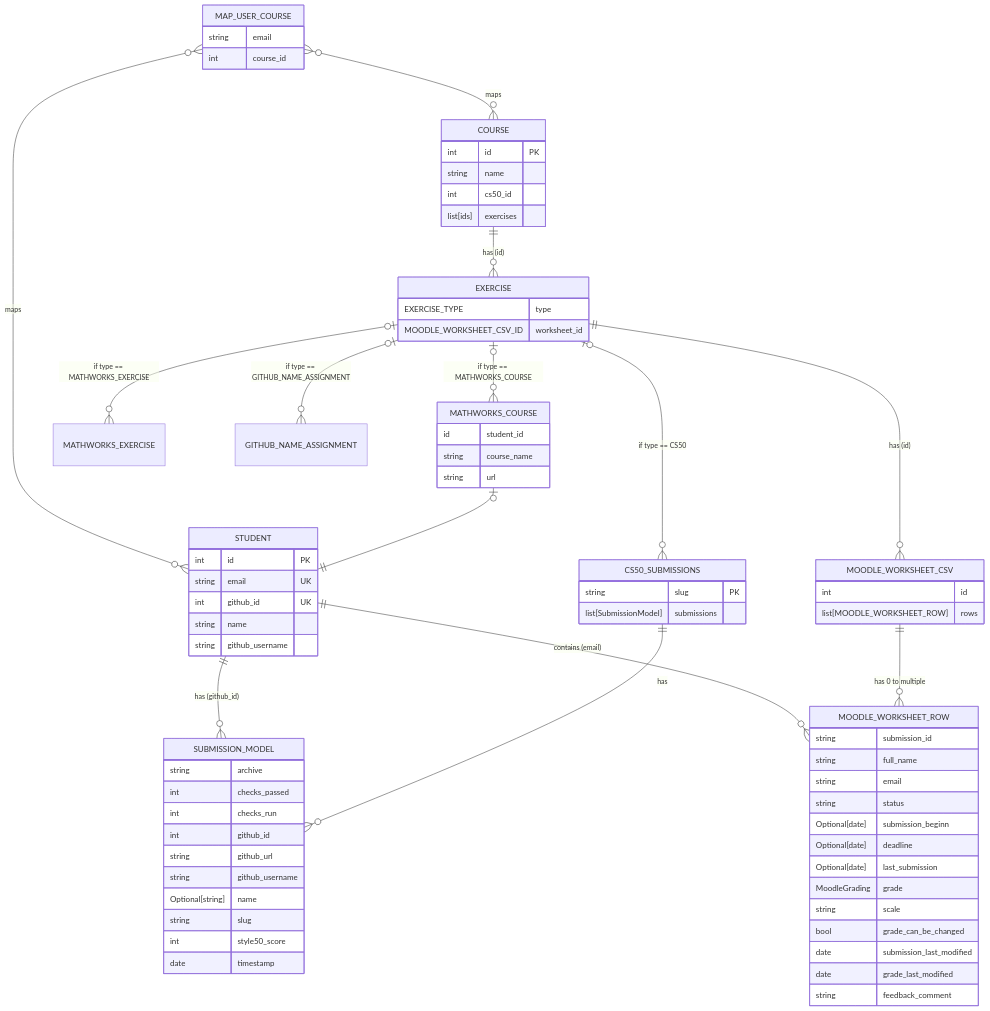
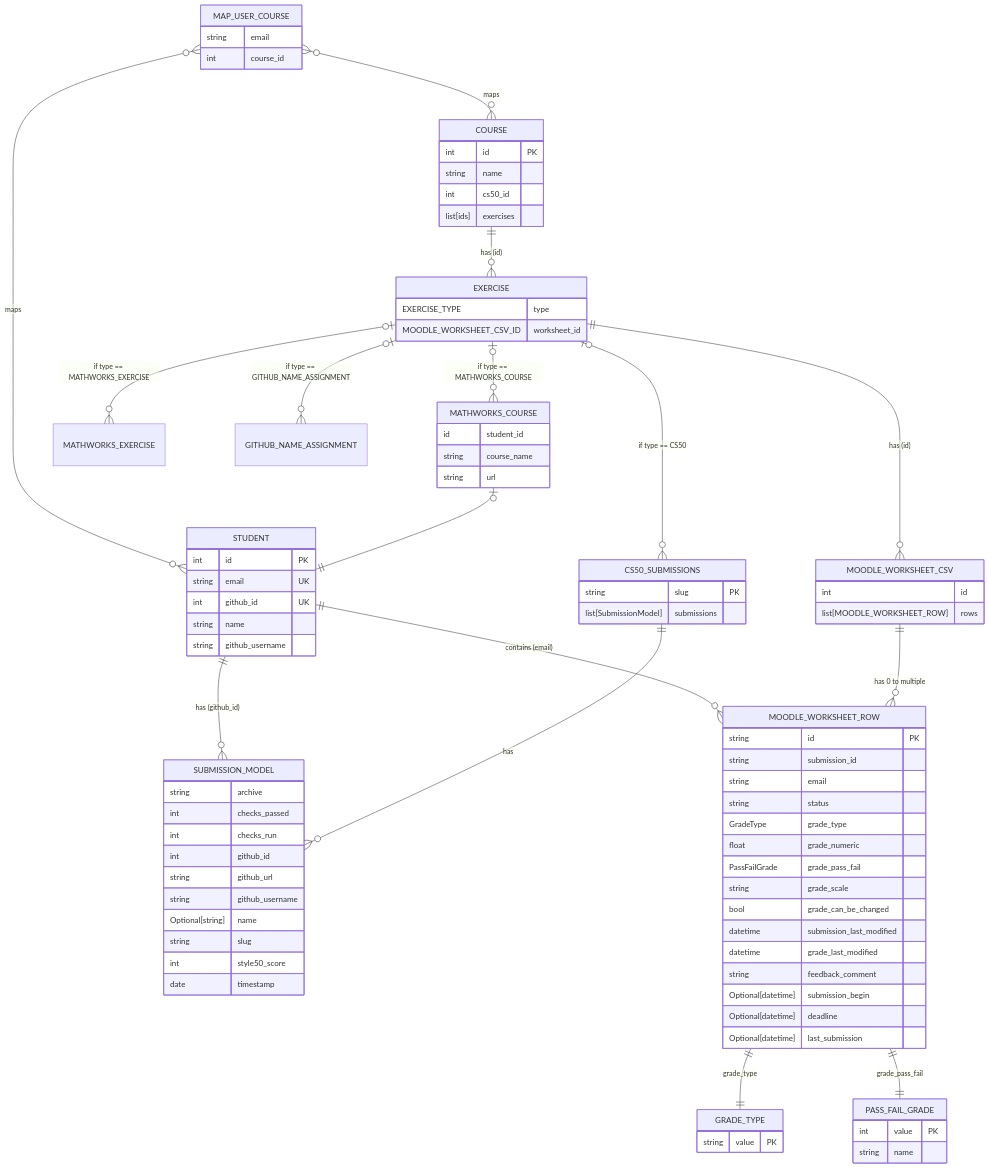
Before and after one commit to LeoKle/cs50-moodle-bridge: the diagram in docs/data_relationship.mmd, drawn with Mermaid. The commit also changed 2 other files, not shown here.

Commit message:
feat(MoodleWorksheet): implement MoodleWorksheetRowModel with validation and update data relationship diagram

```diff
--- a/docs/data_relationship.mmd
+++ b/docs/data_relationship.mmd
@@ -1,102 +1,118 @@
 erDiagram
     %% STUDENT:
     STUDENT {
         int id PK
         string email UK
         int github_id UK
         string name
         string github_username
     }
 
     STUDENT 1 to many(0) SUBMISSION_MODEL : "has (github_id)"
     STUDENT 1 to many(0) MOODLE_WORKSHEET_ROW : "contains (email)"
 
     %% STUDENT COURSE MAP
     MAP_USER_COURSE {
         string email
         int course_id
     }
 
     MAP_USER_COURSE many(0) to many(0) STUDENT : "maps"
     MAP_USER_COURSE many(0) to many(0) COURSE : "maps"
 
     %% CS50 SUBMISSIONS
     CS50_SUBMISSIONS {
         string slug PK
         list[SubmissionModel] submissions
     }
 
     CS50_SUBMISSIONS 1 to zero or more SUBMISSION_MODEL : has
 
     SUBMISSION_MODEL {
         string archive
         int checks_passed
         int checks_run
         int github_id
         string github_url
         string github_username
         Optional[string] name
         string slug
         int style50_score
         date timestamp
     }
 
     %% EXERCISE
     EXERCISE {
         EXERCISE_TYPE type
         MOODLE_WORKSHEET_CSV_ID worksheet_id
     }
     EXERCISE 1 to many(0) MOODLE_WORKSHEET_CSV : "has (id)"
     EXERCISE zero or one to many(0) CS50_SUBMISSIONS : "if type == CS50"
     EXERCISE zero or one to many(0) MATHWORKS_COURSE : "if type == MATHWORKS_COURSE"
     EXERCISE zero or one to many(0) MATHWORKS_EXERCISE : "if type == MATHWORKS_EXERCISE"
     EXERCISE zero or one to many(0) GITHUB_NAME_ASSIGNMENT : "if type == GITHUB_NAME_ASSIGNMENT"
 
     %% MOODLE WORKSHEET
     MOODLE_WORKSHEET_CSV {
         int id
         list[MOODLE_WORKSHEET_ROW] rows
     }
 
     MOODLE_WORKSHEET_CSV 1 to many(0) MOODLE_WORKSHEET_ROW : "has 0 to multiple"
 
     MOODLE_WORKSHEET_ROW {
+        string id PK
         string submission_id
-        string full_name
         string email
         string status
-        Optional[date] submission_beginn
-        Optional[date] deadline
-        Optional[date] last_submission
-        MoodleGrading grade
-        string scale
+        GradeType grade_type
+        float grade_numeric
+        PassFailGrade grade_pass_fail
+        string grade_scale
         bool grade_can_be_changed
-        date submission_last_modified
-        date grade_last_modified
+        datetime submission_last_modified
+        datetime grade_last_modified
         string feedback_comment
+        Optional[datetime] submission_begin
+        Optional[datetime] deadline
+        Optional[datetime] last_submission
     }
+
+    GRADE_TYPE {
+        string value PK
+    }
+
+    PASS_FAIL_GRADE {
+        int value PK
+        string name
+    }
+
+    MOODLE_WORKSHEET_ROW ||--|| GRADE_TYPE : grade_type
+    MOODLE_WORKSHEET_ROW ||--|| PASS_FAIL_GRADE : grade_pass_fail
+
+    
 
     %% COURSE
     COURSE {
         int id PK
         string name
         int cs50_id
         list[ids] exercises
     }
     COURSE 1 to many(0) EXERCISE : "has (id)"
 
     %% MATHWORKS LINKS
     MATHWORKS_COURSE {
         id student_id
         string course_name
         string url
     }
     MATHWORKS_COURSE one or zero to one STUDENT : ""
 
     %% MATHWORKS EXERCISES
     MATHWORKS_EXERCISE 
     %% data requirements unknown atm
 
     %% GitHub name assignment
     GITHUB_NAME_ASSIGNMENT 
     %% doesn't require additional data
```
